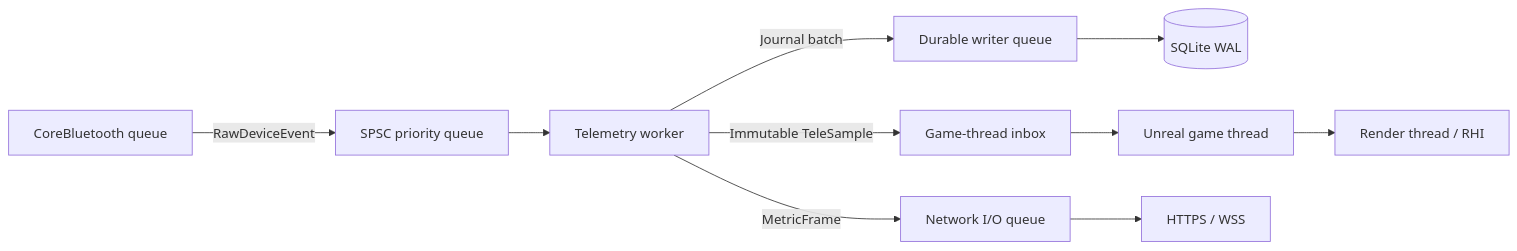
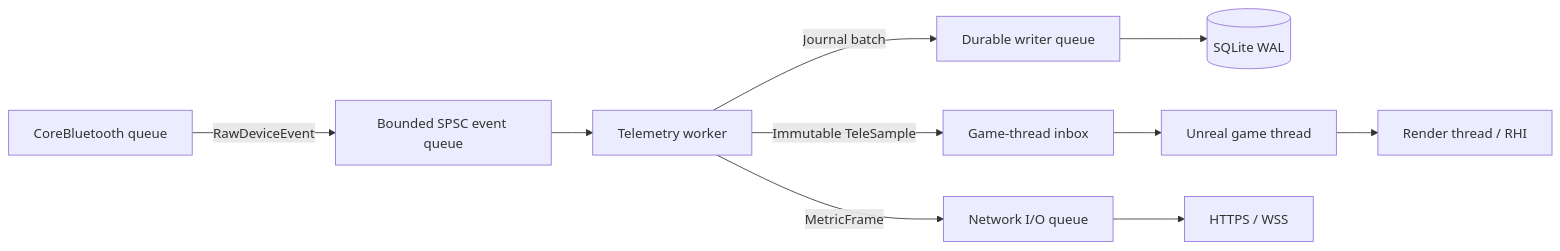
Before and after one commit to pastry-personal5/virtual-indoor-rowing: the second of 3 diagrams in docs/architecture/03-macos-unreal-client.md, drawn with Mermaid. The commit also changed other lines of this file and 8 other files, not shown here.

````diff
--- a/docs/architecture/03-macos-unreal-client.md
+++ b/docs/architecture/03-macos-unreal-client.md
@@ -87,12 +87,12 @@
 ```mermaid
 flowchart LR
-    BLE[CoreBluetooth queue] -->|RawDeviceEvent| Q1[SPSC priority queue]
+    BLE[CoreBluetooth queue] -->|RawDeviceEvent| Q1[Bounded SPSC event queue]
     Q1 --> TW[Telemetry worker]
     TW -->|Journal batch| Q2[Durable writer queue]
     Q2 --> DB[(SQLite WAL)]
     TW -->|Immutable TeleSample| Q3[Game-thread inbox]
     TW -->|MetricFrame| NQ[Network I/O queue]
     Q3 --> GT[Unreal game thread]
     GT --> RT[Render thread / RHI]
     NQ --> Cloud[HTTPS / WSS]
 ```
````
